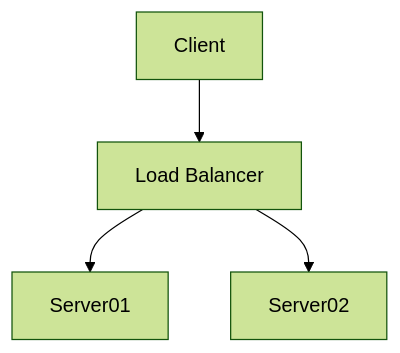
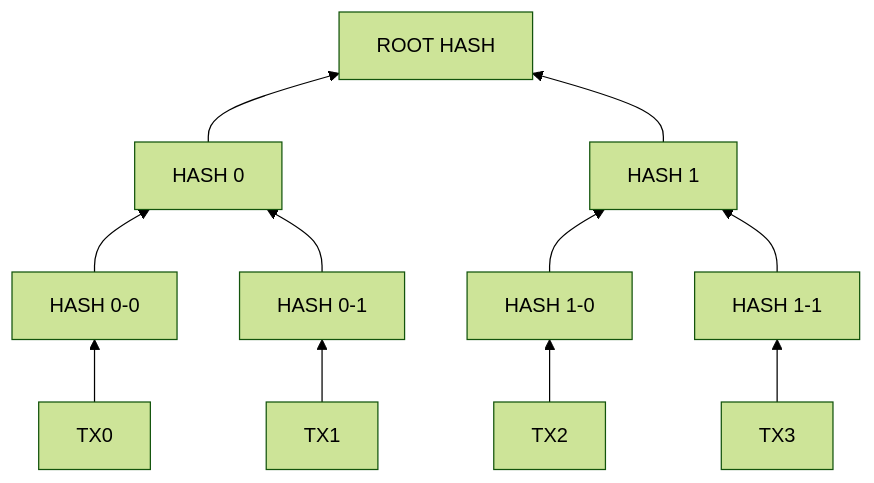
One commit to amarjen/cursoBitcoin changed the diagram in docs/index.md. Above: the diagram before and after it, drawn with Mermaid (forest theme). The commit also changed other lines of this file and 25 other files, not shown here.

````diff
--- a/docs/index.md
+++ b/docs/index.md
@@ -20,6 +43,15 @@
 ```mermaid
-graph TD
-A[Client] --> B[Load Balancer]
-B --> C[Server01]
-B --> D[Server02]
+graph BT
+H[TX0] --> D[HASH 0-0]
+I[TX1] --> E[HASH 0-1] 
+J[TX2] --> F[HASH 1-0] 
+K[TX3] --> G[HASH 1-1] 
+
+D --> B[HASH 0] 
+E --> B
+F --> C[HASH 1] 
+G --> C 
+
+B --> A[ROOT HASH] 
+C --> A  
 ```
````
